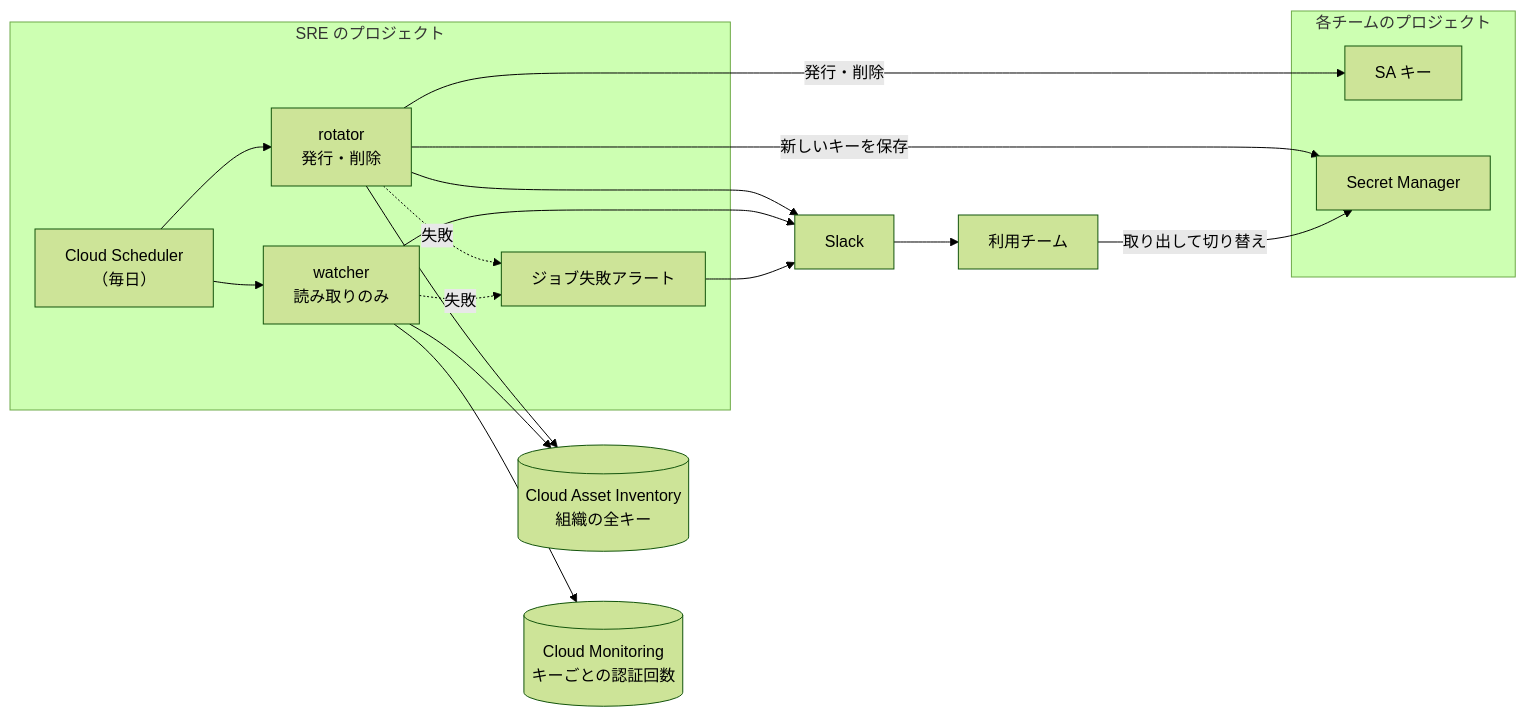
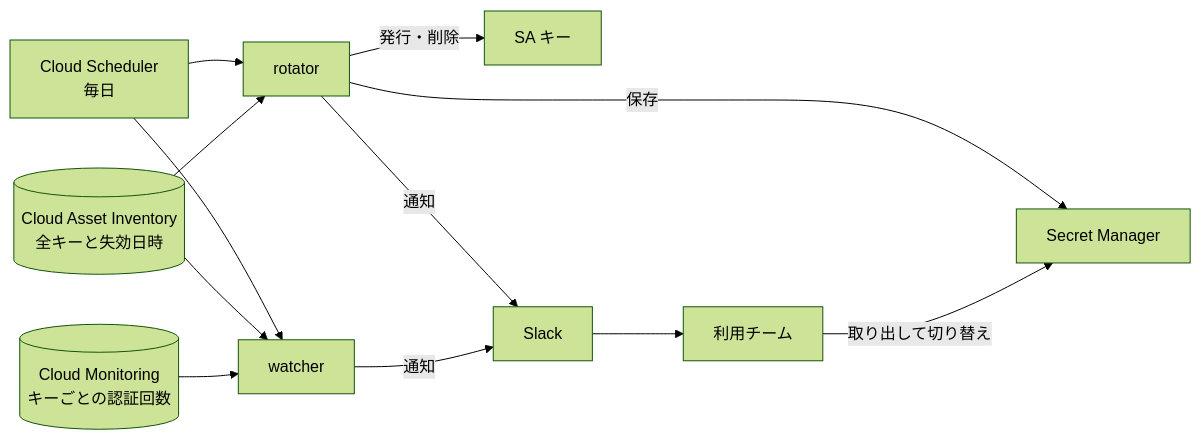
One commit to newbee1939/h6o changed the diagram in posts/sa-key-rotation.ja.md. Above: the diagram before and after it, drawn with Mermaid (forest theme). The commit also changed other lines of this file and 1 other file, not shown here.

````diff
--- a/posts/sa-key-rotation.ja.md
+++ b/posts/sa-key-rotation.ja.md
@@ -93,21 +71,11 @@
 ```mermaid
 flowchart LR
-  subgraph SRE["SRE のプロジェクト"]
-    S["Cloud Scheduler<br>（毎日）"] --> R["rotator<br>発行・削除"]
-    S --> W["watcher<br>読み取りのみ"]
-    R & W -. "失敗" .-> AL["ジョブ失敗アラート"]
-  end
-  CAI[("Cloud Asset Inventory<br>組織の全キー")]
-  MON[("Cloud Monitoring<br>キーごとの認証回数")]
-  subgraph TEAM["各チームのプロジェクト"]
-    KEY["SA キー"]
-    SEC["Secret Manager"]
-  end
-  R --> CAI
-  W --> CAI & MON
-  R -- "発行・削除" --> KEY
-  R -- "新しいキーを保存" --> SEC
-  R & W & AL --> SL["Slack"]
+  S["Cloud Scheduler<br>毎日"] --> R["rotator"] & W["watcher"]
+  CAI[("Cloud Asset Inventory<br>全キーと失効日時")] --> R & W
+  MON[("Cloud Monitoring<br>キーごとの認証回数")] --> W
+  R -- "発行・削除" --> KEY["SA キー"]
+  R -- "保存" --> SEC["Secret Manager"]
+  R & W -- "通知" --> SL["Slack"]
   SL --> U["利用チーム"]
   U -- "取り出して切り替え" --> SEC
 ```
````
